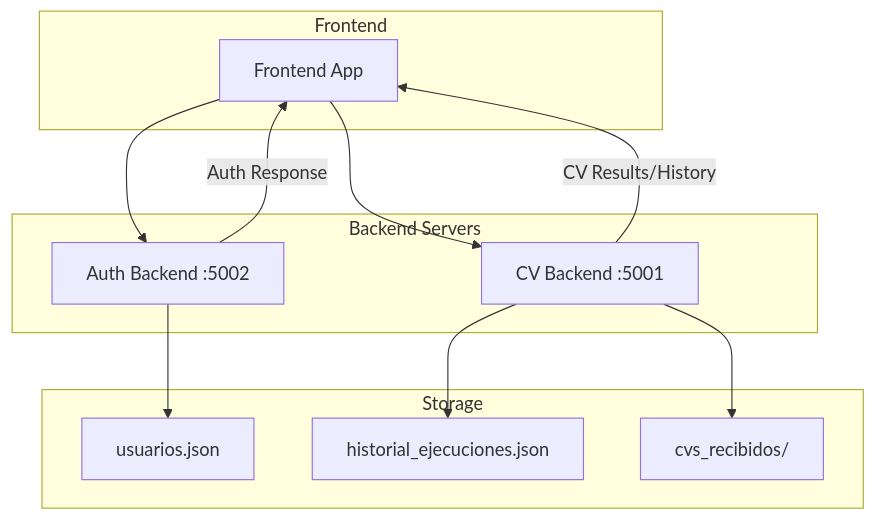
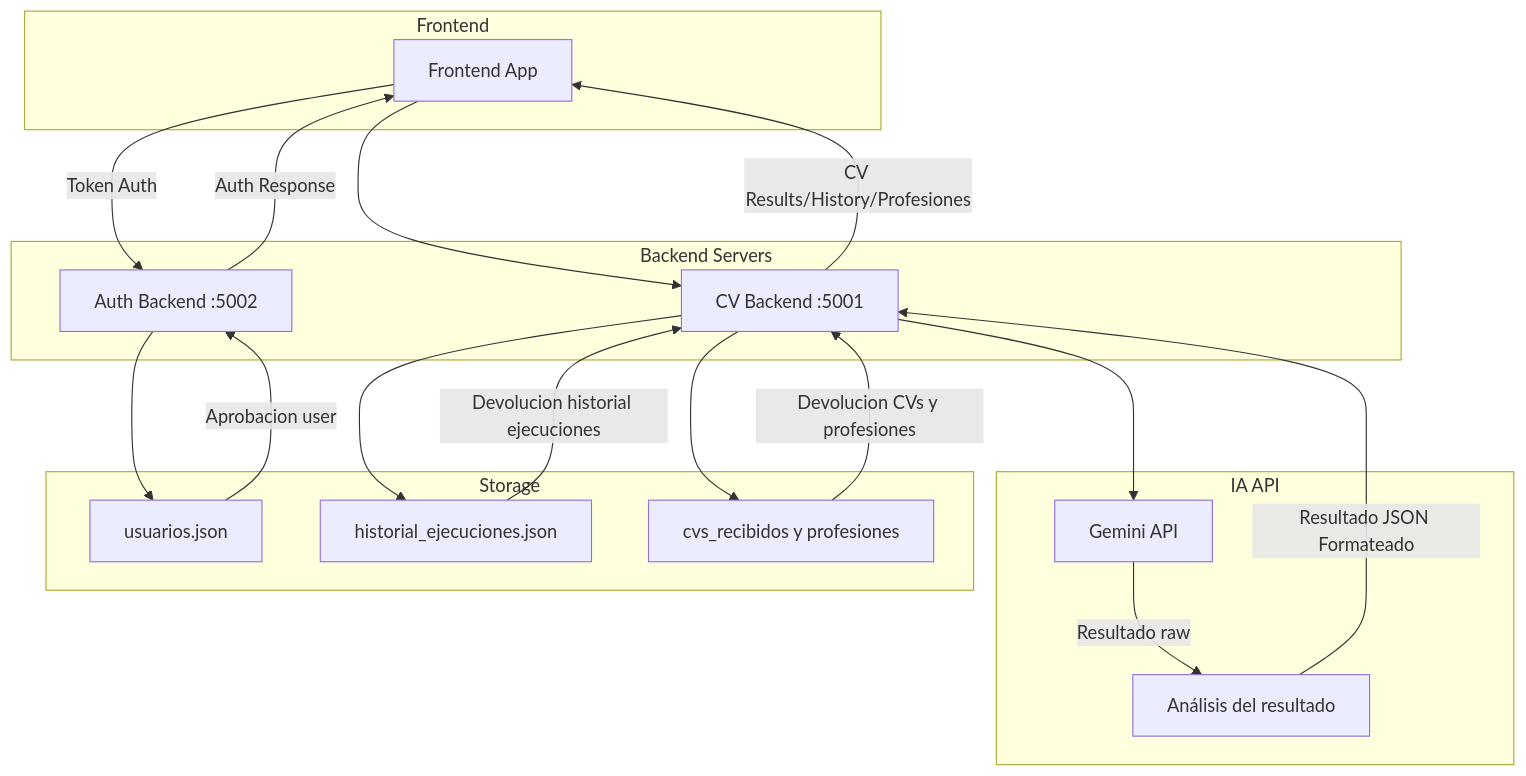
The diagram in README.md (jmgarciab2/TFG_JulianManuelGarciaBaena2025), drawn with Mermaid before and after one commit.

````diff
--- a/README.md
+++ b/README.md
@@ -9,28 +9,39 @@
 ```mermaid
 graph TD
     subgraph Frontend
         A[Frontend App]
     end
 
     subgraph Backend Servers
         B[Auth Backend :5002]
         C[CV Backend :5001]
     end
 
+    subgraph IA API
+        G[Gemini API]
+        H[Análisis del resultado]
+    end
+
     subgraph Storage
         D[usuarios.json]
         E[historial_ejecuciones.json]
-        F[cvs_recibidos/]
+        F[cvs_recibidos y profesiones]
     end
 
-    A --> B;
+    A -- Token Auth --> B;
     A --> C;
 
     B --> D;
 
     C --> E;
     C --> F;
+    C --> G;
+    G -- Resultado raw --> H;
+    H -- Resultado JSON Formateado --> C;
+    D -- Aprobacion user --> B;
+    E -- Devolucion historial ejecuciones --> C;
+    F -- Devolucion CVs y profesiones--> C;
 
     B -- Auth Response --> A;
-    C -- CV Results/History --> A;
+    C -- CV Results/History/Profesiones --> A;
 ```
````
